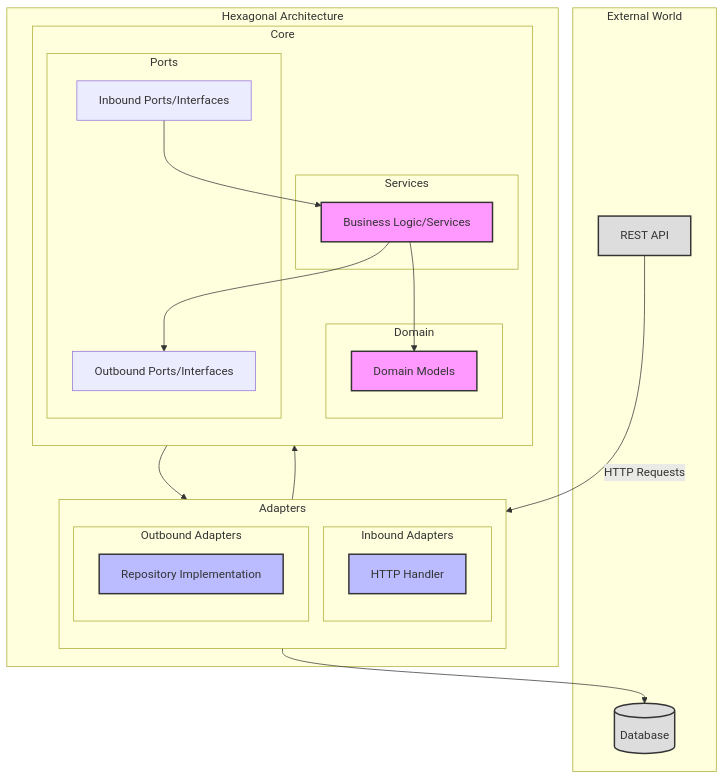
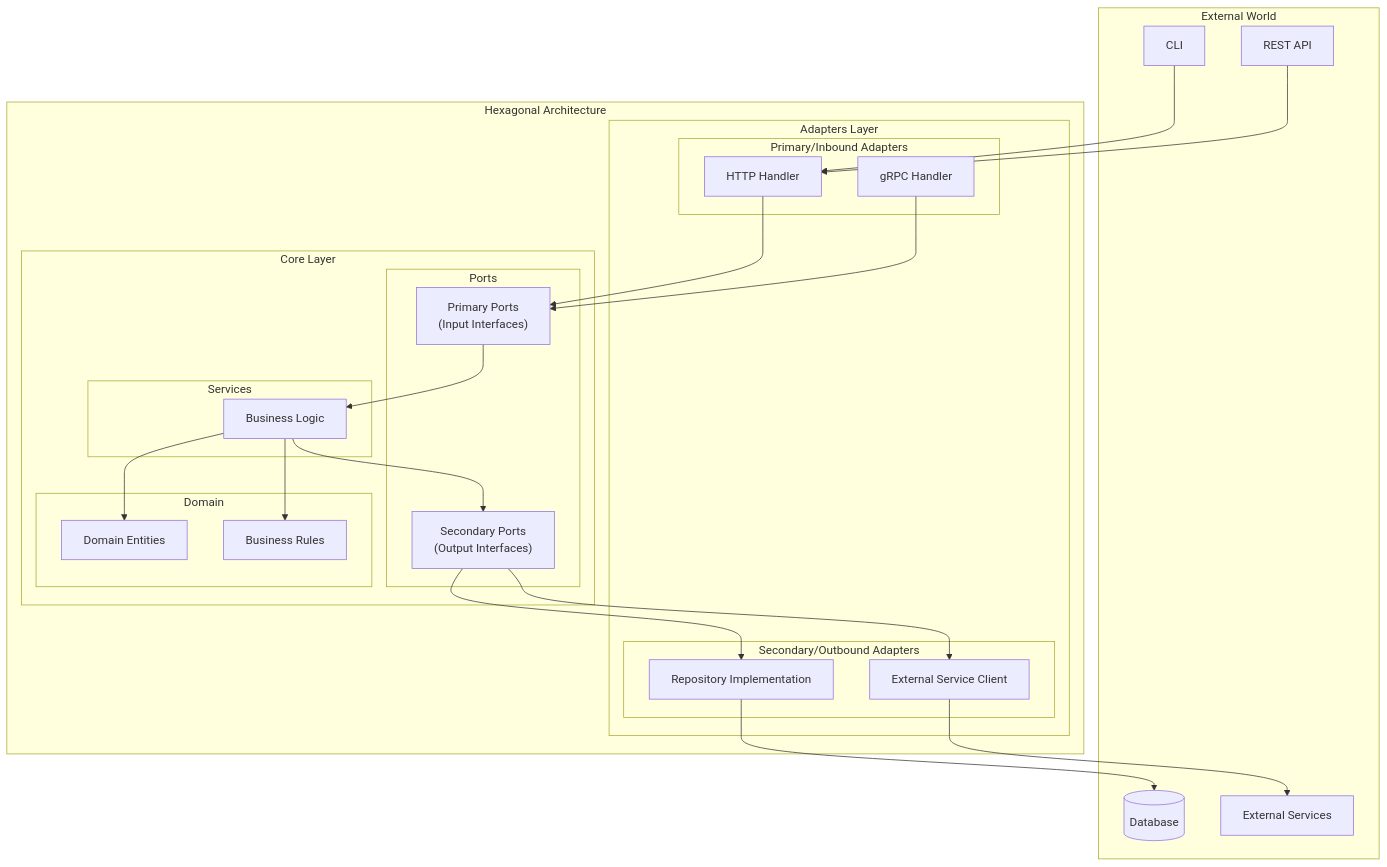
Before and after one commit to hashtagf/go-hexagonal-demo: the first of 2 diagrams in README.md, drawn with Mermaid. The commit also changed other lines of this file, not shown here.

````diff
--- a/README.md
+++ b/README.md
@@ -65,51 +60,59 @@
 ```mermaid
 graph TB
-    subgraph External World
-        REST[REST API]
+    subgraph External ["External World"]
+        CLI["CLI"]
+        REST["REST API"]
         DB[(Database)]
+        ExtService["External Services"]
     end
 
-    subgraph Hexagonal Architecture
-        subgraph Adapters
-            direction TB
-            subgraph "Inbound Adapters"
-                REST --> |HTTP Requests| HTTP[HTTP Handler]
+    subgraph Hexagon ["Hexagonal Architecture"]
+        subgraph Adapters ["Adapters Layer"]
+            subgraph Primary ["Primary/Inbound Adapters"]
+                HTTP["HTTP Handler"]
+                GRPC["gRPC Handler"]
             end
 
-            subgraph "Outbound Adapters"
-                REPO[Repository Implementation] --> DB
+            subgraph Secondary ["Secondary/Outbound Adapters"]
+                REPO["Repository Implementation"]
+                CLIENT["External Service Client"]
             end
         end
 
-        subgraph Core
-            direction TB
-            subgraph "Ports"
-                IN[Inbound Ports/Interfaces]
-                OUT[Outbound Ports/Interfaces]
+        subgraph Core ["Core Layer"]
+            subgraph Ports ["Ports"]
+                IN["Primary Ports<br>(Input Interfaces)"]
+                OUT["Secondary Ports<br>(Output Interfaces)"]
             end
 
-            subgraph "Domain"
-                DOM[Domain Models]
+            subgraph Domain ["Domain"]
+                ENTITY["Domain Entities"]
+                RULES["Business Rules"]
             end
 
-            subgraph "Services"
-                SVC[Business Logic/Services]
+            subgraph Services ["Services"]
+                BL["Business Logic"]
             end
         end
-
-        %% Connections
-        HTTP --> IN
-        IN --> SVC
-        SVC --> DOM
-        SVC --> OUT
-        OUT --> REPO
     end
 
-    classDef core fill:#f9f,stroke:#333,stroke-width:2px
-    classDef adapter fill:#bbf,stroke:#333,stroke-width:2px
-    classDef external fill:#ddd,stroke:#333,stroke-width:2px
+    %% Connections
+    CLI --> HTTP
+    REST --> HTTP
+    HTTP --> IN
+    GRPC --> IN
+    IN --> BL
+    BL --> ENTITY
+    BL --> RULES
+    BL --> OUT
+    OUT --> REPO
+    OUT --> CLIENT
+    REPO --> DB
+    CLIENT --> ExtService
 
-    class DOM,SVC core
-    class HTTP,REPO adapter
-    class REST,DB external
+
+    class CLI,REST,DB,ExtService external
+    class HTTP,GRPC,REPO,CLIENT adapter
+    class ENTITY,RULES,BL core
+    class IN,OUT port
 ```
````
